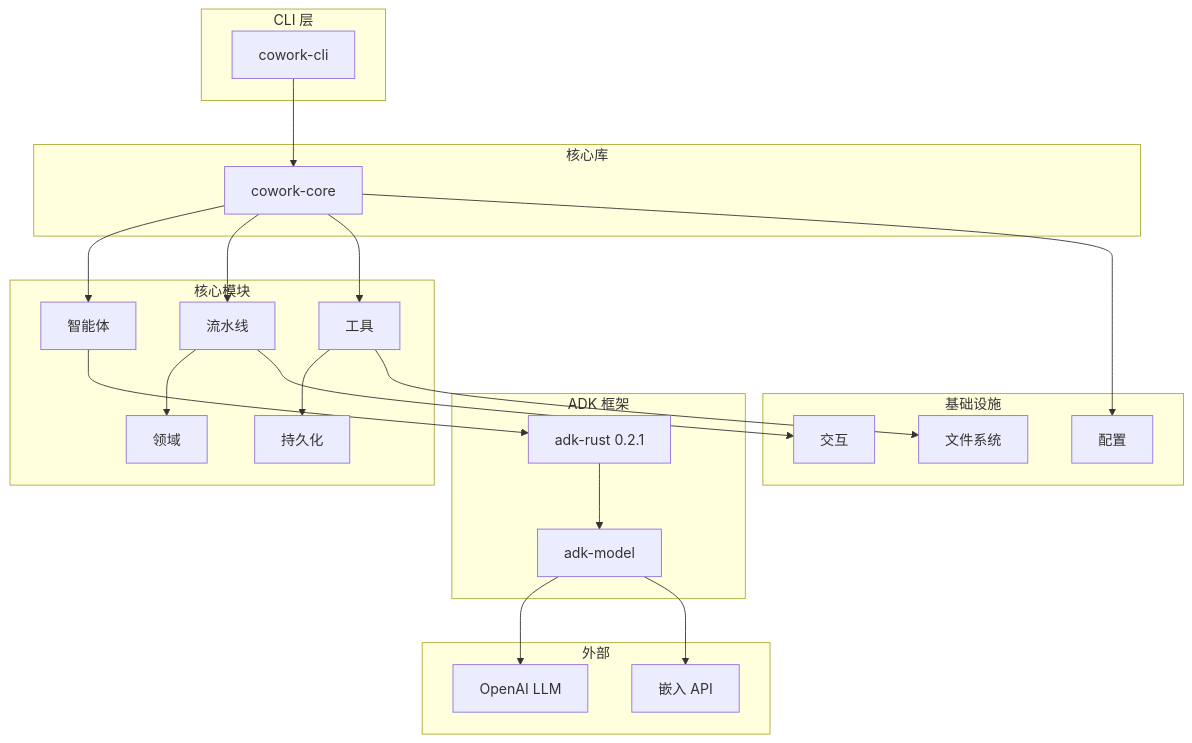
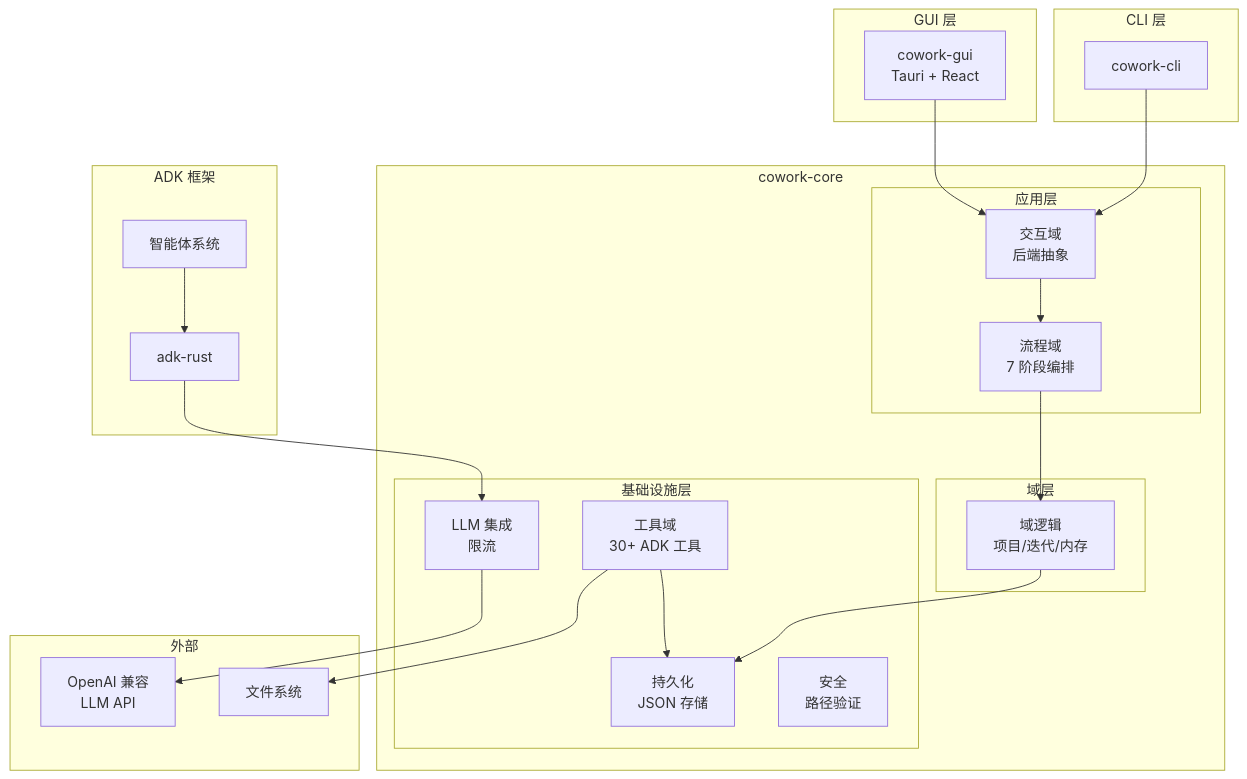
Before and after one commit to sopaco/cowork-forge: the first of 3 diagrams in README_zh.md, drawn with Mermaid. The commit also changed other lines of this file and 1 other file, not shown here.

First line of the commit message:
Update architecture to hexagonal design

````diff
--- a/README_zh.md
+++ b/README_zh.md
@@ -197,51 +197,49 @@
 ```mermaid
 graph TB
     subgraph "CLI 层"
         CLI[cowork-cli]
     end
     
-    subgraph "核心库"
-        CORE[cowork-core]
+    subgraph "GUI 层"
+        GUI[cowork-gui<br/>Tauri + React]
     end
     
-    subgraph "核心模块"
-        AGENTS[智能体]
-        PIPELINE[流水线]
-        TOOLS[工具]
-        PERSISTENCE[持久化]
-        DOMAIN[领域]
+    subgraph "cowork-core"
+        subgraph "应用层"
+            PIPELINE[流程域<br/>7 阶段编排]
+            INTERACTION[交互域<br/>后端抽象]
+        end
+        
+        subgraph "域层"
+            DOMAIN[域逻辑<br/>项目/迭代/内存]
+        end
+        
+        subgraph "基础设施层"
+            PERSISTENCE[持久化<br/>JSON 存储]
+            LLM_INTEGRATION[LLM 集成<br/>限流]
+            TOOLS[工具域<br/>30+ ADK 工具]
+            SECURITY[安全<br/>路径验证]
+        end
     end
     
     subgraph "ADK 框架"
-        ADK[adk-rust 0.2.1]
-        LLM[adk-model]
-    end
-    
-    subgraph "基础设施"
-        FS[文件系统]
-        CONFIG[配置]
-        INTERACTION[交互]
+        ADK[adk-rust]
+        AGENTS[智能体系统]
     end
     
     subgraph "外部"
-        OPENAI[OpenAI LLM]
-        EMBEDDING[嵌入 API]
+        OPENAI[OpenAI 兼容<br/>LLM API]
+        FS[文件系统]
     end
     
-    CLI --> CORE
-    CORE --> AGENTS
-    CORE --> PIPELINE
-    CORE --> TOOLS
-    
+    CLI --> INTERACTION
+    GUI --> INTERACTION
+    INTERACTION --> PIPELINE
+    PIPELINE --> DOMAIN
+    DOMAIN --> PERSISTENCE
+    TOOLS --> PERSISTENCE
     AGENTS --> ADK
-    PIPELINE --> DOMAIN
-    TOOLS --> PERSISTENCE
-    
-    ADK --> LLM
-    LLM --> OPENAI
-    LLM --> EMBEDDING
-    
-    PIPELINE --> INTERACTION
+    ADK --> LLM_INTEGRATION
+    LLM_INTEGRATION --> OPENAI
     TOOLS --> FS
-    CORE --> CONFIG
 ```
````
